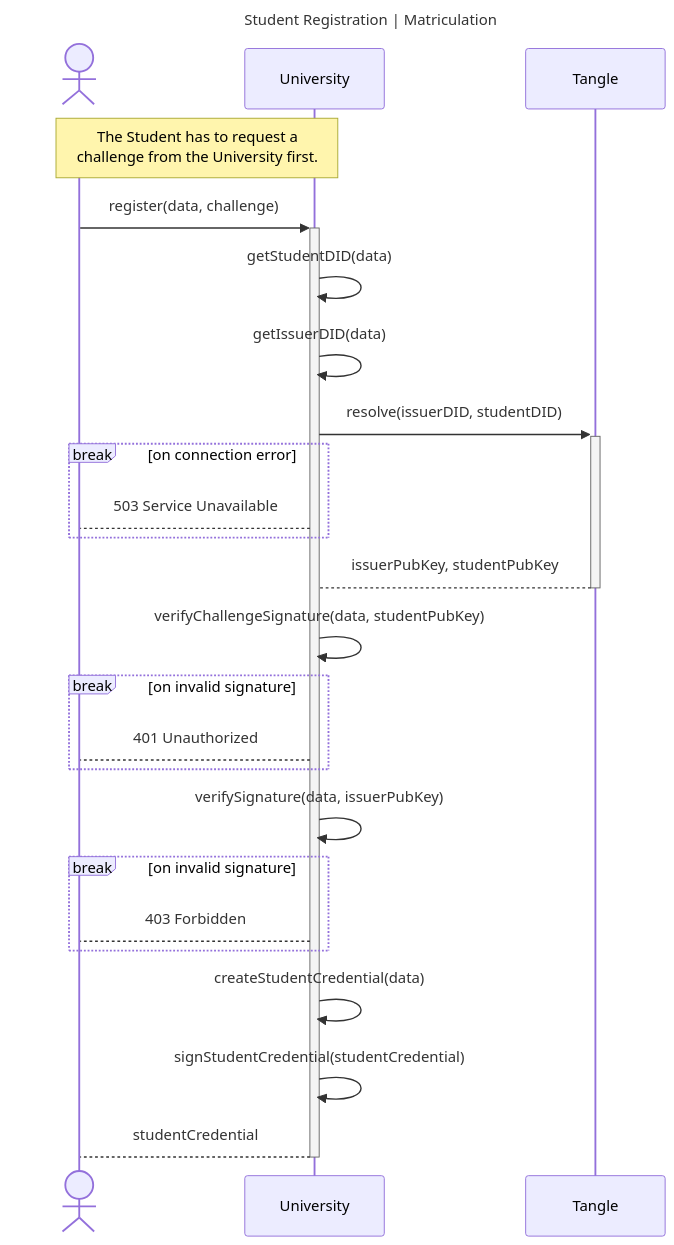
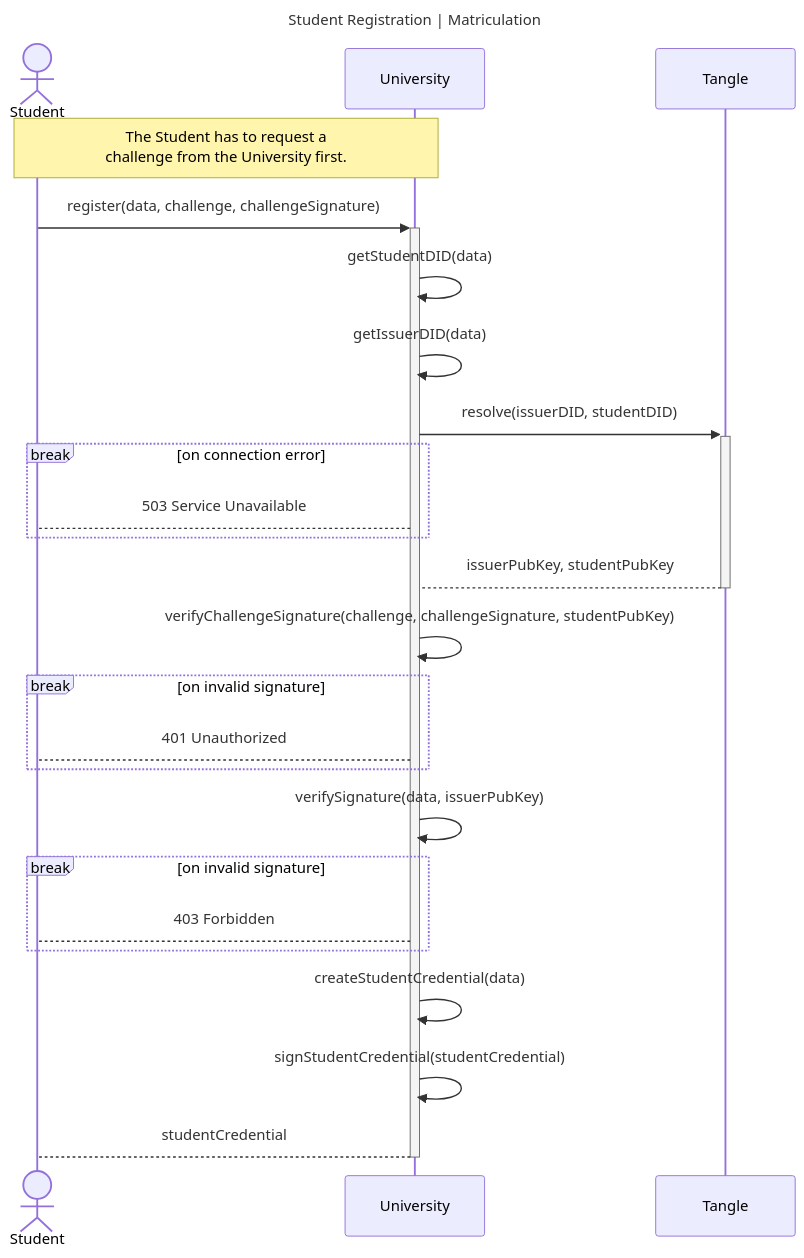
The first of 2 diagrams in university/README.md (kkmarv/IOTA-Digital-Student-ID), drawn with Mermaid before and after one commit. The commit also changed other lines of this file and 2 other files, not shown here.

Commit message:
update readmes

````diff
--- a/university/README.md
+++ b/university/README.md
@@ -36,30 +36,30 @@
 ```mermaid
 ---
 title: Student Registration | Matriculation
 ---
 sequenceDiagram
-    actor S as 
+    actor S as Student
     participant U as University
     participant T as Tangle
 
     Note over S, U: The Student has to request a <br> challenge from the University first.
-    S->>+U: register(data, challenge)
+    S->>+U: register(data, challenge, challengeSignature)
     U->>U: getStudentDID(data)
     U->>U: getIssuerDID(data)
     U->>+T: resolve(issuerDID, studentDID)
     break on connection error
     U-->S: 503 Service Unavailable
     end
     T-->-U: issuerPubKey, studentPubKey
-    U->>U: verifyChallengeSignature(data, studentPubKey)
+    U->>U: verifyChallengeSignature(challenge, challengeSignature, studentPubKey)
     break on invalid signature
         U-->S: 401 Unauthorized
     end
     U->>U: verifySignature(data, issuerPubKey)
     break on invalid signature
         U-->S: 403 Forbidden
     end
     U->>U: createStudentCredential(data)
     U->>U: signStudentCredential(studentCredential)
     U-->-S: studentCredential
 ```
````
